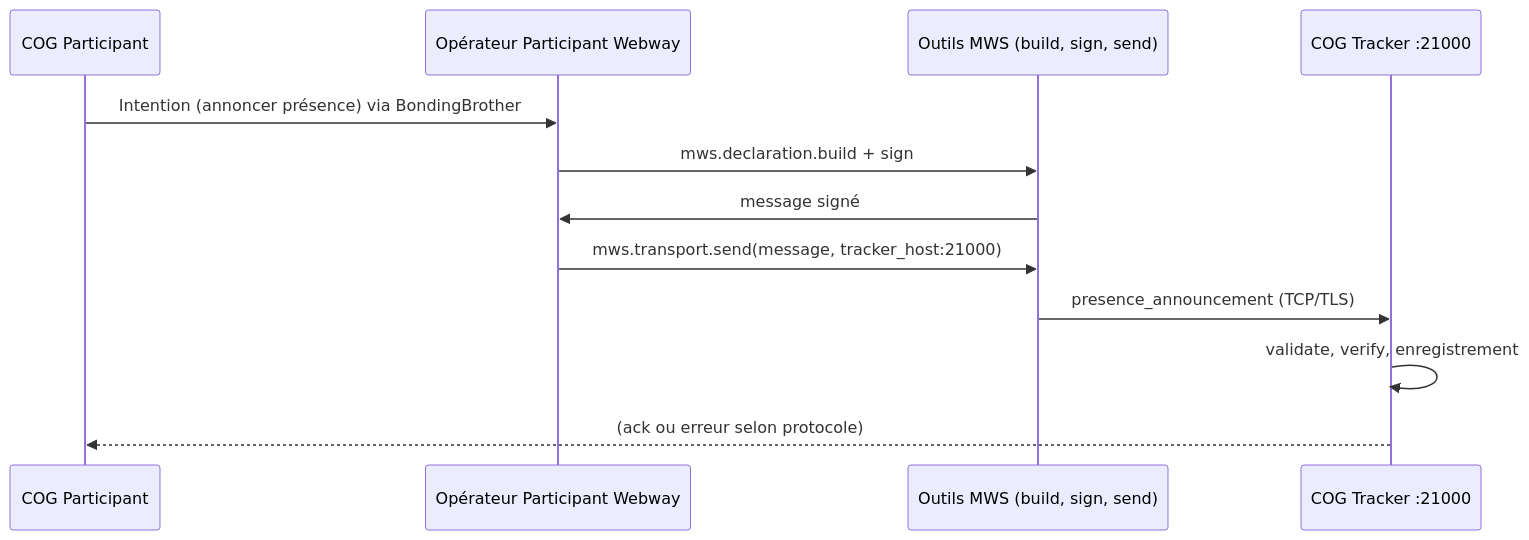
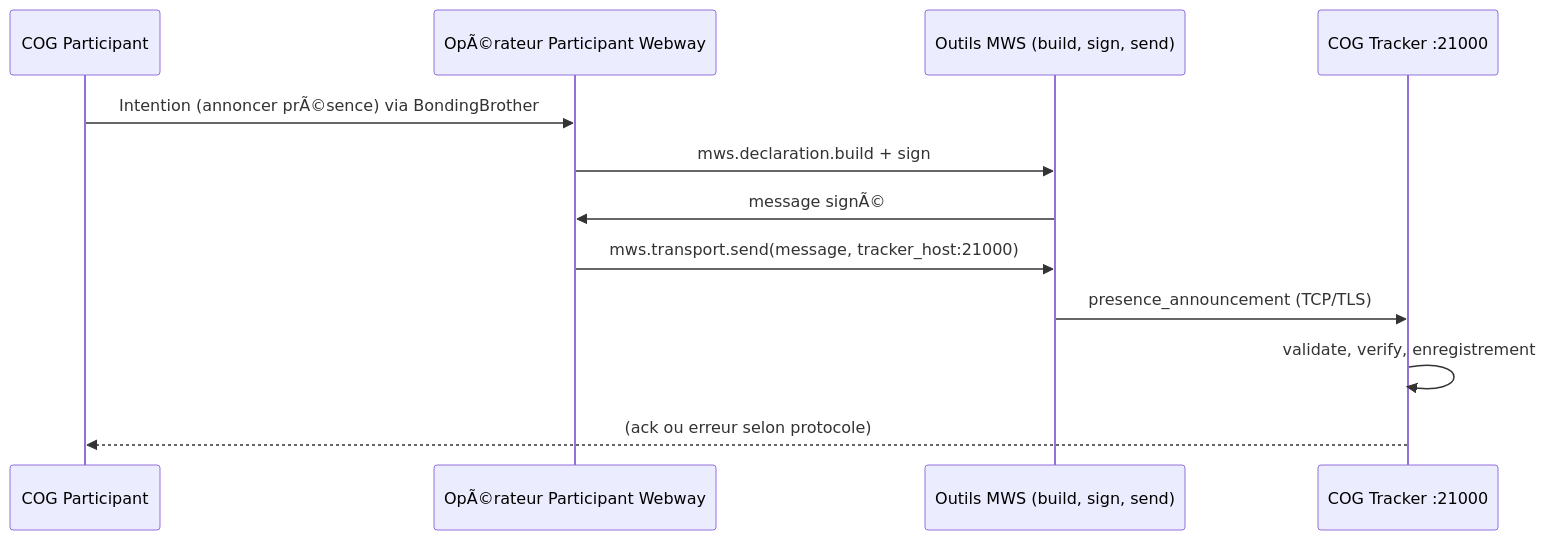
Before and after one commit to StudioMiyukini/miyukini_cog: the third of 3 diagrams in docs/miyukini-webway-system/reference/Miyukini Conceptual References - Miyukini Webway System Complet.md, drawn with Mermaid. The commit also changed other lines of this file and 1287 other files, not shown here.

````diff
--- a/docs/miyukini-webway-system/reference/Miyukini Conceptual References - Miyukini Webway System Complet.md
+++ b/docs/miyukini-webway-system/reference/Miyukini Conceptual References - Miyukini Webway System Complet.md
@@ -213,15 +213,15 @@
 ```mermaid
 sequenceDiagram
     participant COG as COG Participant
-    participant Op as Opérateur Participant Webway
+    participant Op as OpÃ©rateur Participant Webway
     participant Tools as Outils MWS (build, sign, send)
     participant Tracker as COG Tracker :21000
 
-    COG->>Op: Intention (annoncer présence) via BondingBrother
+    COG->>Op: Intention (annoncer prÃ©sence) via BondingBrother
     Op->>Tools: mws.declaration.build + sign
-    Tools->>Op: message signé
+    Tools->>Op: message signÃ©
     Op->>Tools: mws.transport.send(message, tracker_host:21000)
     Tools->>Tracker: presence_announcement (TCP/TLS)
     Tracker->>Tracker: validate, verify, enregistrement
     Tracker-->>COG: (ack ou erreur selon protocole)
 ```
````
